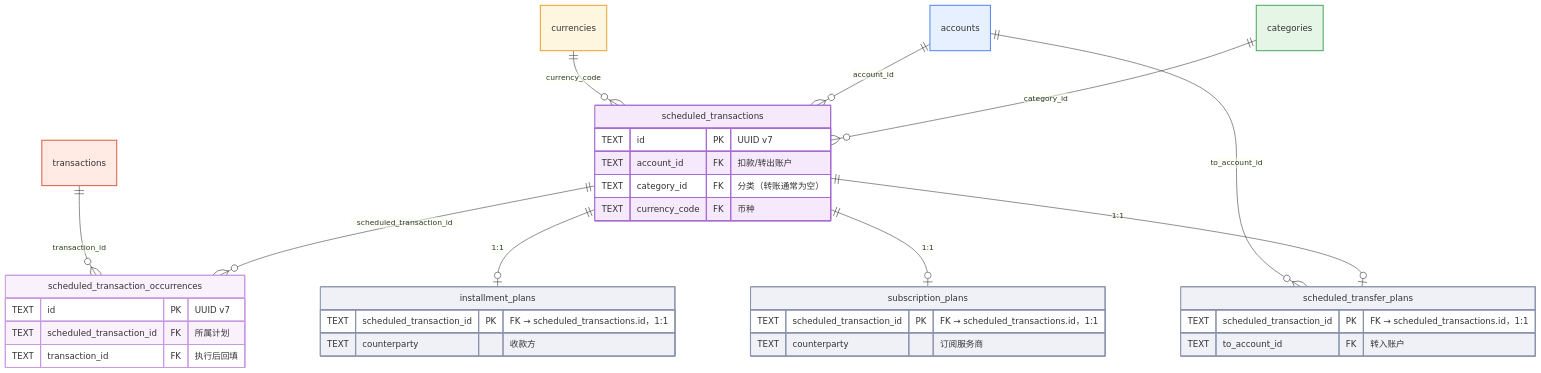
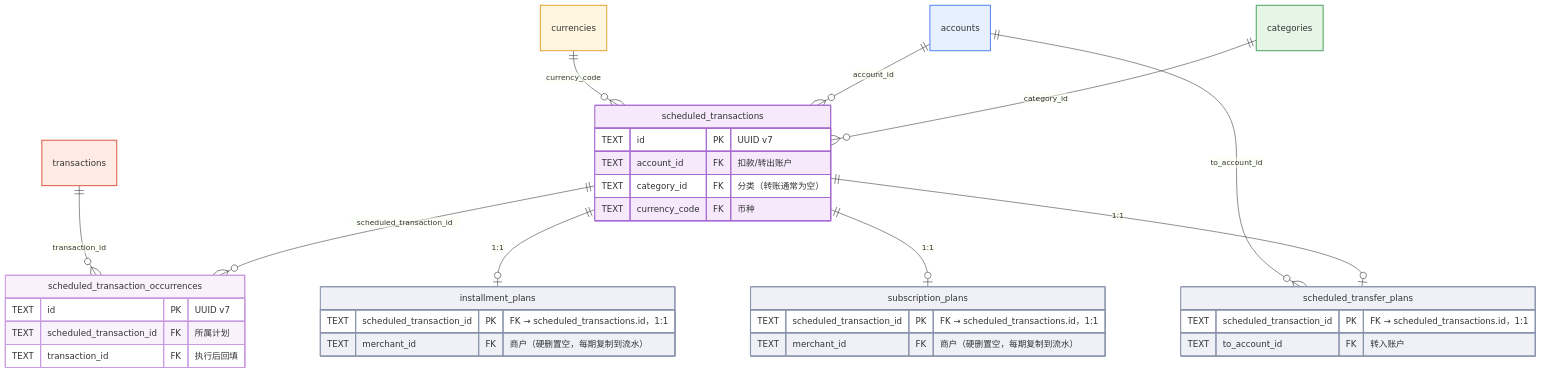
Before and after one commit to asiazhang/ledger: the third of 3 diagrams in docs/model/README.md, drawn with Mermaid. The commit also changed 16 other files, not shown here.

First line of the commit message:
feat(scheduled): 定时计划挂商户——counterparty 改 merchant_id 引用（#190）

````diff
--- a/docs/model/README.md
+++ b/docs/model/README.md
@@ -157,46 +157,46 @@
 ```mermaid
 erDiagram
     scheduled_transactions {
         TEXT id PK "UUID v7"
         TEXT account_id FK "扣款/转出账户"
         TEXT category_id FK "分类（转账通常为空）"
         TEXT currency_code FK "币种"
     }
     scheduled_transaction_occurrences {
         TEXT id PK "UUID v7"
         TEXT scheduled_transaction_id FK "所属计划"
         TEXT transaction_id FK "执行后回填"
     }
     installment_plans {
         TEXT scheduled_transaction_id PK "FK → scheduled_transactions.id，1:1"
-        TEXT counterparty "收款方"
+        TEXT merchant_id FK "商户（硬删置空，每期复制到流水）"
     }
     subscription_plans {
         TEXT scheduled_transaction_id PK "FK → scheduled_transactions.id，1:1"
-        TEXT counterparty "订阅服务商"
+        TEXT merchant_id FK "商户（硬删置空，每期复制到流水）"
     }
     scheduled_transfer_plans {
         TEXT scheduled_transaction_id PK "FK → scheduled_transactions.id，1:1"
         TEXT to_account_id FK "转入账户"
     }
 
     currencies ||--o{ scheduled_transactions : "currency_code"
     accounts ||--o{ scheduled_transactions : "account_id"
     accounts ||--o{ scheduled_transfer_plans : "to_account_id"
     categories ||--o{ scheduled_transactions : "category_id"
     transactions ||--o{ scheduled_transaction_occurrences : "transaction_id"
     scheduled_transactions ||--o{ scheduled_transaction_occurrences : "scheduled_transaction_id"
     scheduled_transactions ||--o| installment_plans : "1:1"
     scheduled_transactions ||--o| subscription_plans : "1:1"
     scheduled_transactions ||--o| scheduled_transfer_plans : "1:1"
 
     style currencies fill:#FFF6E0,stroke:#E8A83C,stroke-width:2px
     style accounts fill:#E7F0FF,stroke:#5B8DEF,stroke-width:2px
     style categories fill:#E6F6E6,stroke:#57A96B,stroke-width:2px
     style transactions fill:#FFEAE4,stroke:#E2654D,stroke-width:2px
     style scheduled_transactions fill:#F5E9FB,stroke:#A76CD1,stroke-width:2px
     style scheduled_transaction_occurrences fill:#F9F2FC,stroke:#C79BE0,stroke-width:2px
     style installment_plans fill:#EFF1F7,stroke:#8A93AC,stroke-width:2px
     style subscription_plans fill:#EFF1F7,stroke:#8A93AC,stroke-width:2px
     style scheduled_transfer_plans fill:#EFF1F7,stroke:#8A93AC,stroke-width:2px
 ```
````
